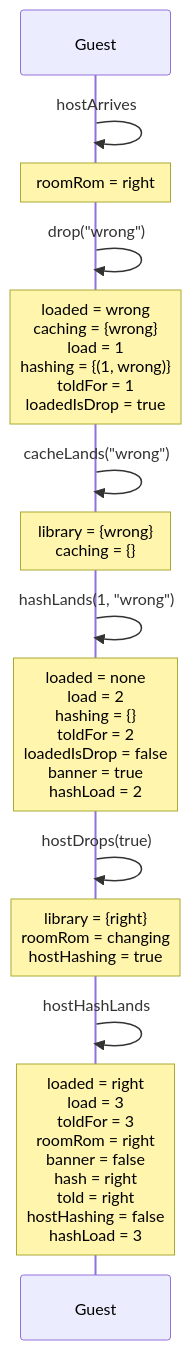
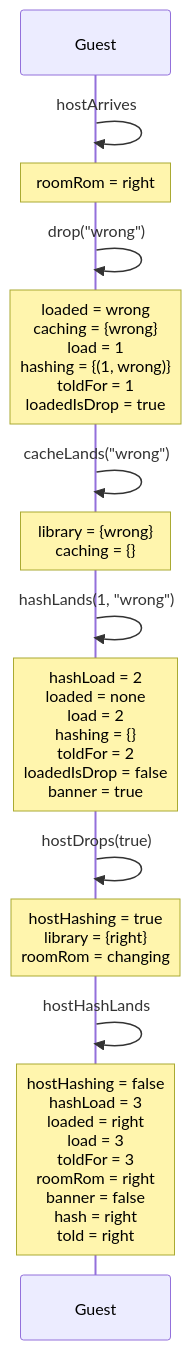
Diagram 27 of 27 in docs/spec-traces.md (kwilson21/kaillera-next), drawn with Mermaid before and after one commit. The commit also changed other lines of this file, not shown here.

````diff
--- a/docs/spec-traces.md
+++ b/docs/spec-traces.md
@@ -723,16 +723,16 @@
 ```mermaid
 sequenceDiagram
   participant Guest
   Guest->>Guest: hostArrives
   Note over Guest: roomRom = right
   Guest->>Guest: drop("wrong")
   Note over Guest: loaded = wrong<br/>caching = {wrong}<br/>load = 1<br/>hashing = {(1, wrong)}<br/>toldFor = 1<br/>loadedIsDrop = true
   Guest->>Guest: cacheLands("wrong")
   Note over Guest: library = {wrong}<br/>caching = {}
   Guest->>Guest: hashLands(1, "wrong")
-  Note over Guest: loaded = none<br/>load = 2<br/>hashing = {}<br/>toldFor = 2<br/>loadedIsDrop = false<br/>banner = true<br/>hashLoad = 2
+  Note over Guest: hashLoad = 2<br/>loaded = none<br/>load = 2<br/>hashing = {}<br/>toldFor = 2<br/>loadedIsDrop = false<br/>banner = true
   Guest->>Guest: hostDrops(true)
-  Note over Guest: library = {right}<br/>roomRom = changing<br/>hostHashing = true
+  Note over Guest: hostHashing = true<br/>library = {right}<br/>roomRom = changing
   Guest->>Guest: hostHashLands
-  Note over Guest: loaded = right<br/>load = 3<br/>toldFor = 3<br/>roomRom = right<br/>banner = false<br/>hash = right<br/>told = right<br/>hostHashing = false<br/>hashLoad = 3
+  Note over Guest: hostHashing = false<br/>hashLoad = 3<br/>loaded = right<br/>load = 3<br/>toldFor = 3<br/>roomRom = right<br/>banner = false<br/>hash = right<br/>told = right
 ```
````
